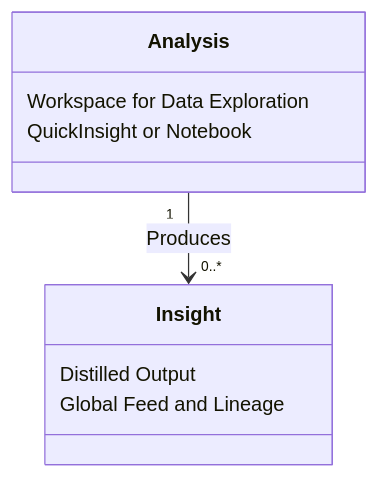
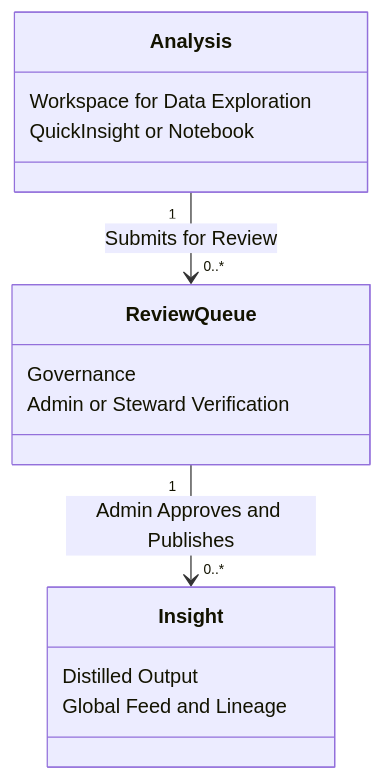
The diagram in src/ravioli/frontend/src/components/README.md (852-Lab/jimwurst), drawn with Mermaid before and after one commit.

Commit message:
docs: update component architecture diagram to include ReviewQueue workflow

````diff
--- a/src/ravioli/frontend/src/components/README.md
+++ b/src/ravioli/frontend/src/components/README.md
@@ -9,13 +9,18 @@
 ```mermaid
 classDiagram
-    Analysis "1" --> "0..*" Insight : Produces
+    Analysis "1" --> "0..*" ReviewQueue : Submits for Review
+    ReviewQueue "1" --> "0..*" Insight : Admin Approves and Publishes
     
     class Analysis {
         Workspace for Data Exploration
         QuickInsight or Notebook
+    }
+    class ReviewQueue {
+        Governance
+        Admin or Steward Verification
     }
     class Insight {
         Distilled Output
         Global Feed and Lineage
     }
 ```
````
